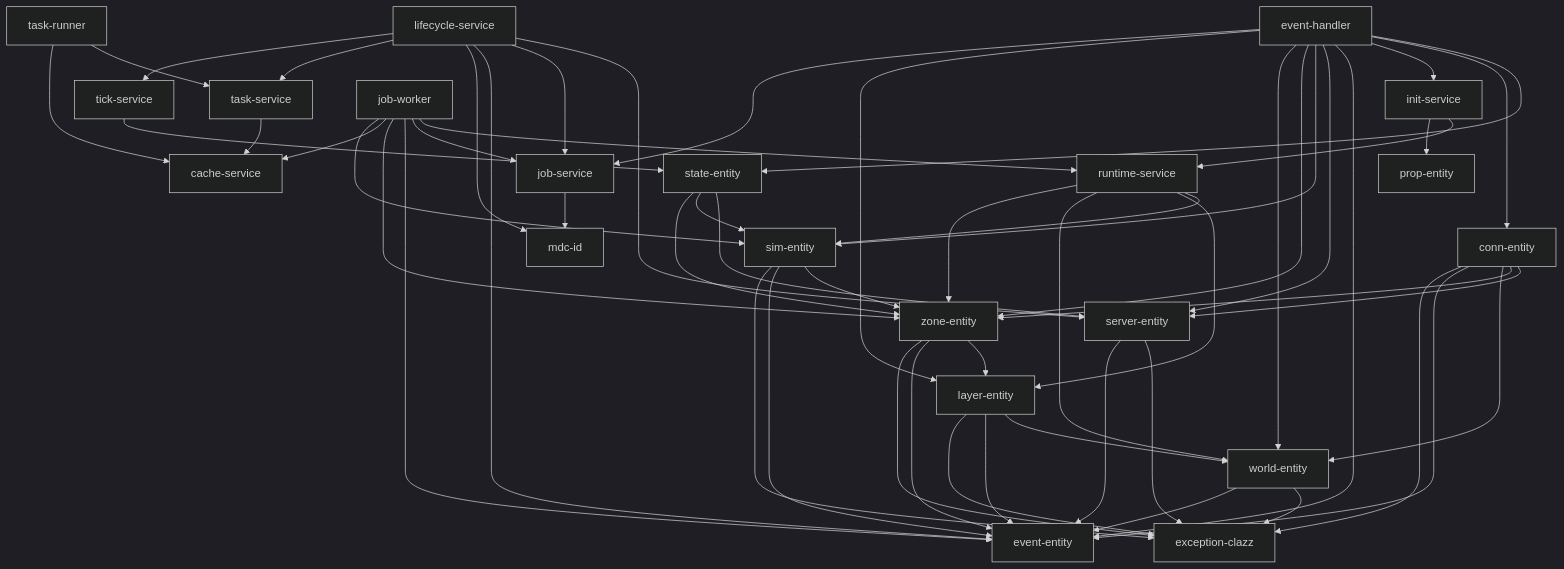
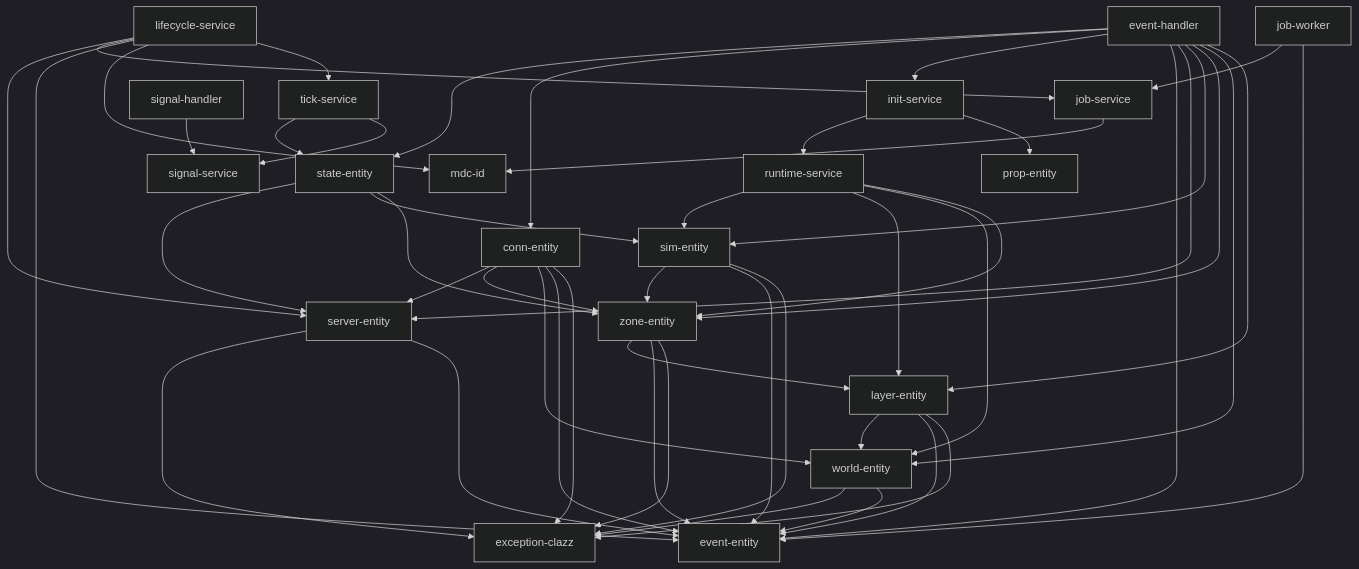
The diagram in MODULES.md (crionuke/omgcluster), drawn with Mermaid (dark theme) before and after one commit. The commit also changed 26 other files, not shown here.

First line of the commit message:
Add signal-service/signal-handler modules and remove task-service/task-runner (#32)

````diff
--- a/MODULES.md
+++ b/MODULES.md
@@ -1,72 +1,64 @@
 ```mermaid
 graph TD
     event-handler --> state-entity
     event-handler --> conn-entity
     event-handler --> init-service
     event-handler --> event-entity
     event-handler --> server-entity
     event-handler --> sim-entity
     event-handler --> zone-entity
     event-handler --> world-entity
     event-handler --> layer-entity
-    event-handler --> job-service
 
     lifecycle-service --> server-entity
     lifecycle-service --> job-service
     lifecycle-service --> event-entity
     lifecycle-service --> mdc-id
-    lifecycle-service --> task-service
     lifecycle-service --> tick-service
 
     init-service --> runtime-service
     init-service --> prop-entity
 
     state-entity --> server-entity
     state-entity --> sim-entity
     state-entity --> zone-entity
 
     runtime-service --> sim-entity
     runtime-service --> layer-entity
     runtime-service --> world-entity
     runtime-service --> zone-entity
 
     conn-entity --> server-entity
     conn-entity --> zone-entity
     conn-entity --> world-entity
     conn-entity --> event-entity
     conn-entity --> exception-clazz
 
     sim-entity --> zone-entity
     sim-entity --> event-entity
     sim-entity --> exception-clazz
 
     zone-entity --> layer-entity
     zone-entity --> event-entity
     zone-entity --> exception-clazz
 
     layer-entity --> world-entity
     layer-entity --> event-entity
     layer-entity --> exception-clazz
 
     world-entity --> exception-clazz
     world-entity --> event-entity
 
     server-entity --> exception-clazz
     server-entity --> event-entity
 
     job-service --> mdc-id
 
-    job-worker --> runtime-service
     job-worker --> job-service
     job-worker --> event-entity
-    job-worker --> zone-entity
-    job-worker --> cache-service
-    job-worker --> sim-entity
 
-    task-service --> cache-service
+    signal-handler --> signal-service
 
     tick-service --> state-entity
-
-    task-runner --> task-service
-    task-runner --> cache-service
+    tick-service --> signal-service
 ```
````
